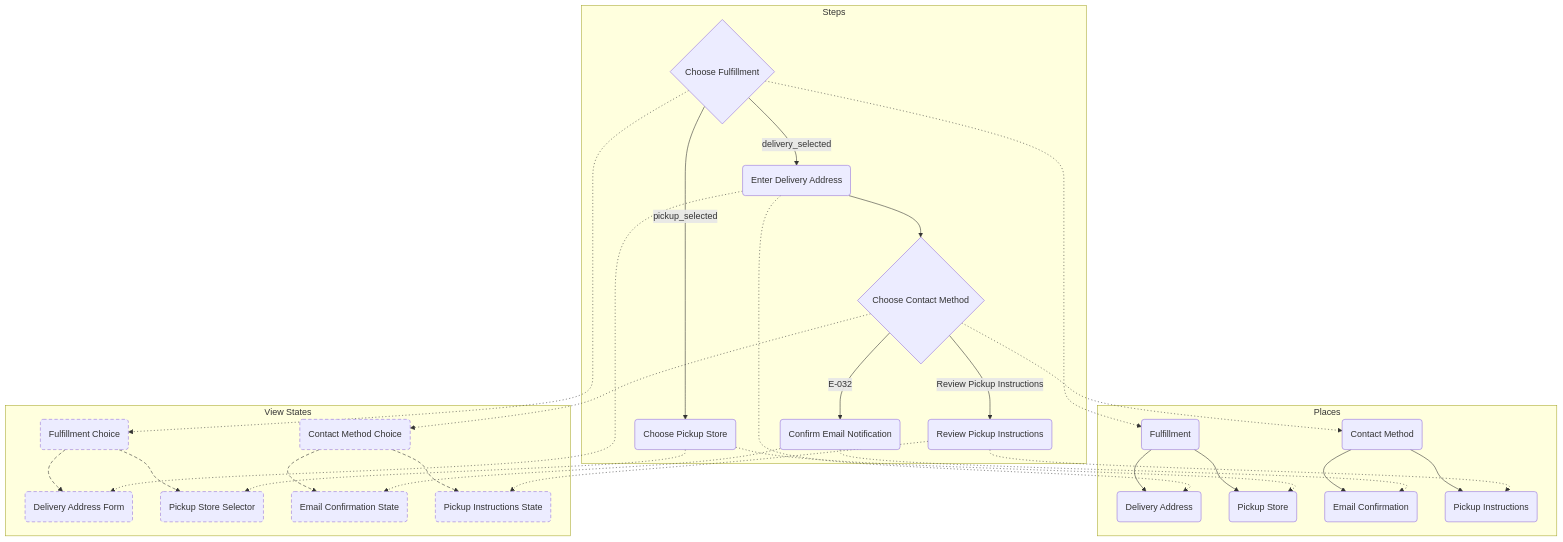
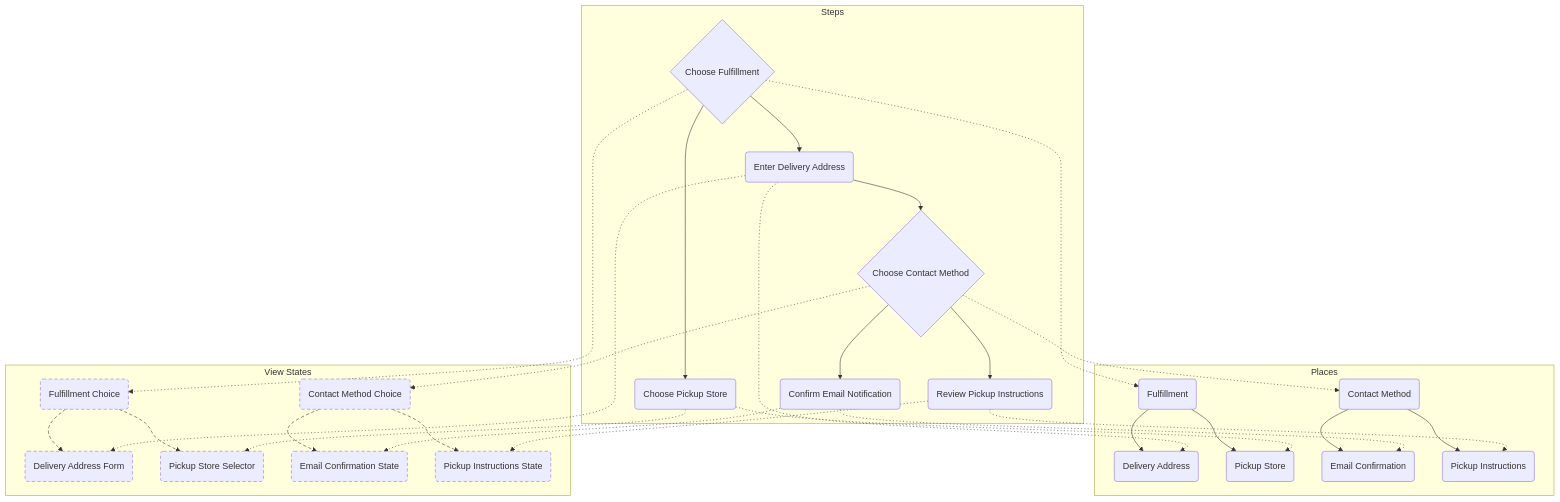
The diagram in examples/rendered/v0.1/scenario_flow_diagram_type/scenario_branching_example/simple_profile/scenario_branching.scenario_flow.mmd (knutopia/Structured-Design-Documents), drawn with Mermaid before and after one commit. The commit also changed 42 other files, not shown here.

```diff
--- a/examples/rendered/v0.1/scenario_flow_diagram_type/scenario_branching_example/simple_profile/scenario_branching.scenario_flow.mmd
+++ b/examples/rendered/v0.1/scenario_flow_diagram_type/scenario_branching_example/simple_profile/scenario_branching.scenario_flow.mmd
@@ -1,54 +1,54 @@
 flowchart TB
   subgraph n_step["Steps"]
     n_J_030{"Choose Fulfillment"}
     n_J_031("Enter Delivery Address")
     n_J_032("Choose Pickup Store")
     n_J_033{"Choose Contact Method"}
     n_J_034("Confirm Email Notification")
     n_J_035("Review Pickup Instructions")
   end
   subgraph n_place["Places"]
     n_P_030("Fulfillment")
     n_P_031("Delivery Address")
     n_P_032("Pickup Store")
     n_P_033("Contact Method")
     n_P_034("Email Confirmation")
     n_P_035("Pickup Instructions")
   end
   subgraph n_view_state["View States"]
     n_VS_030a("Fulfillment Choice")
     n_VS_031a("Delivery Address Form")
     n_VS_032a("Pickup Store Selector")
     n_VS_033a("Contact Method Choice")
     n_VS_034a("Email Confirmation State")
     n_VS_035a("Pickup Instructions State")
   end
-  n_J_030 -->|delivery_selected| n_J_031
-  n_J_030 -->|pickup_selected| n_J_032
+  n_J_030 --> n_J_031
+  n_J_030 --> n_J_032
   n_J_030 --> n_P_030
   n_J_030 --> n_VS_030a
   n_J_031 --> n_J_033
   n_J_031 --> n_P_031
   n_J_031 --> n_VS_031a
   n_J_032 --> n_P_032
   n_J_032 --> n_VS_032a
-  n_J_033 -->|E-032| n_J_034
-  n_J_033 -->|Review Pickup Instructions| n_J_035
+  n_J_033 --> n_J_034
+  n_J_033 --> n_J_035
   n_J_033 --> n_P_033
   n_J_033 --> n_VS_033a
   n_J_034 --> n_P_034
   n_J_034 --> n_VS_034a
   n_J_035 --> n_P_035
   n_J_035 --> n_VS_035a
   n_P_030 --> n_P_031
   n_P_030 --> n_P_032
   n_P_033 --> n_P_034
   n_P_033 --> n_P_035
   n_VS_030a --> n_VS_031a
   n_VS_030a --> n_VS_032a
   n_VS_033a --> n_VS_034a
   n_VS_033a --> n_VS_035a
   classDef dashedNode stroke-dasharray: 6 4;
   class n_VS_030a,n_VS_031a,n_VS_032a,n_VS_033a,n_VS_034a,n_VS_035a dashedNode;
   linkStyle 21,22,23,24 stroke-dasharray: 6 4;
   linkStyle 2,3,5,6,7,8,11,12,13,14,15,16 stroke-dasharray: 2 4;
```
